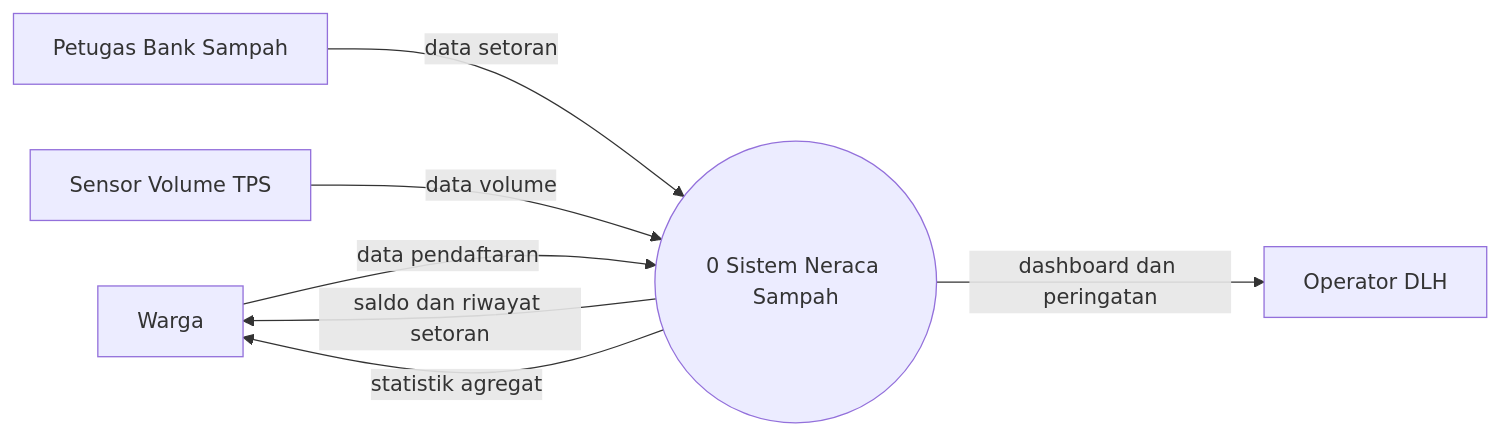
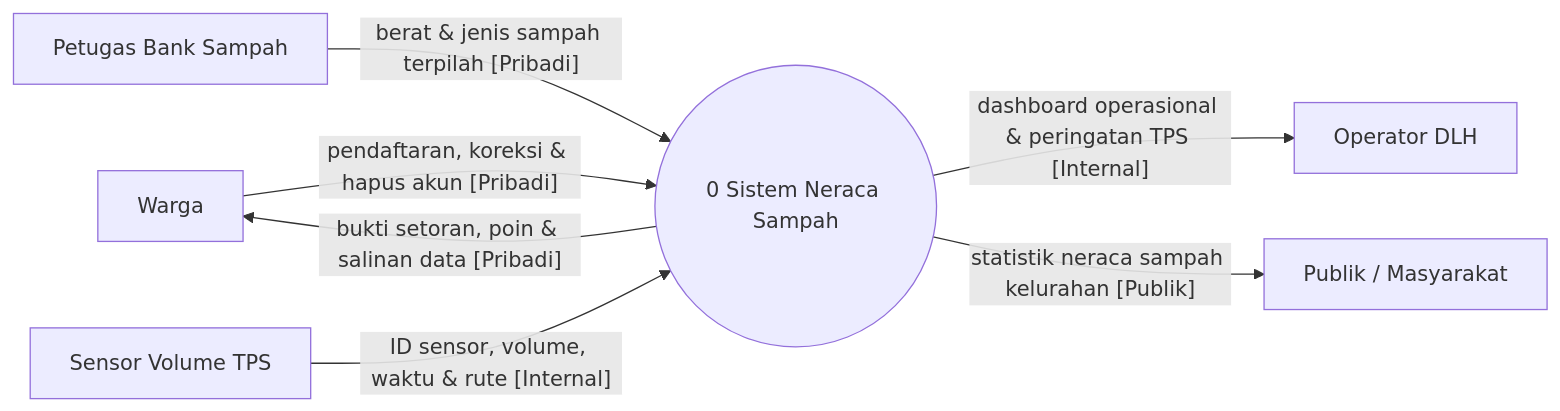
The first of 2 diagrams in Modul 3.1.md (Kyfaiyya/Modul-Smartcity-LAB-KCKS-IT-ITS), drawn with Mermaid before and after one commit. The commit also changed other lines of this file, not shown here.

````diff
--- a/Modul 3.1.md
+++ b/Modul 3.1.md
@@ -111,15 +99,16 @@
 ```mermaid
 flowchart LR
-    W[Warga]
-    P[Petugas Bank Sampah]
-    S[Sensor Volume TPS]
-    O[Operator DLH]
+    W["Warga"]
+    P["Petugas Bank Sampah"]
+    S["Sensor Volume TPS"]
+    O["Operator DLH"]
+    PUB["Publik / Masyarakat"]
     SYS(("0 Sistem Neraca Sampah"))
 
-    W -- "data pendaftaran" --> SYS
-    SYS -- "saldo dan riwayat setoran" --> W
-    SYS -- "statistik agregat" --> W
-    P -- "data setoran" --> SYS
-    S -- "data volume" --> SYS
-    SYS -- "dashboard dan peringatan" --> O
+    W -- "pendaftaran, koreksi & hapus akun [Pribadi]" --> SYS
+    SYS -- "bukti setoran, poin & salinan data [Pribadi]" --> W
+    P -- "berat & jenis sampah terpilah [Pribadi]" --> SYS
+    S -- "ID sensor, volume, waktu & rute [Internal]" --> SYS
+    SYS -- "dashboard operasional & peringatan TPS [Internal]" --> O
+    SYS -- "statistik neraca sampah kelurahan [Publik]" --> PUB
 ```
````
